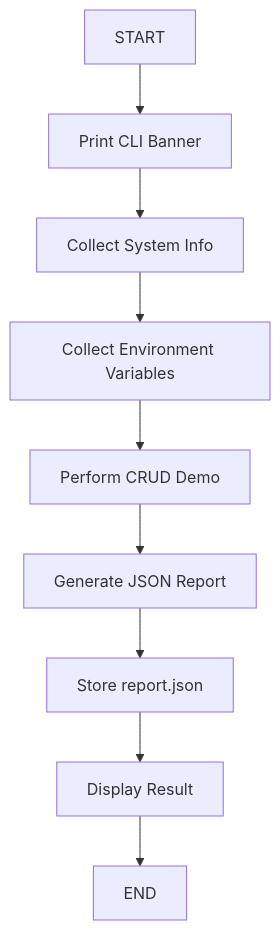
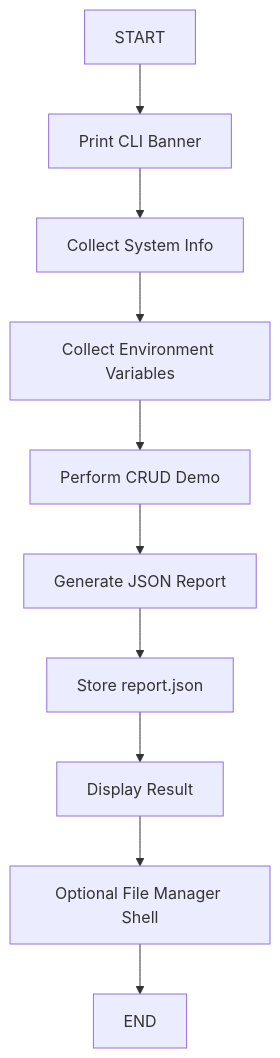
Before and after one commit to chandan0000001/Thunder_Hackathon_3.0: the diagram in task-flow.md, drawn with Mermaid. The commit also changed other lines of this file and 12 other files, not shown here.

````diff
--- a/task-flow.md
+++ b/task-flow.md
@@ -29,11 +31,12 @@
 ```mermaid
 graph TB
     A[START] --> B[Print CLI Banner]
     B --> C[Collect System Info]
     C --> D[Collect Environment Variables]
     D --> E[Perform CRUD Demo]
     E --> F[Generate JSON Report]
     F --> G[Store report.json]
     G --> H[Display Result]
-    H --> I[END]
+    H --> I[Optional File Manager Shell]
+    I --> J[END]
 ```
````
